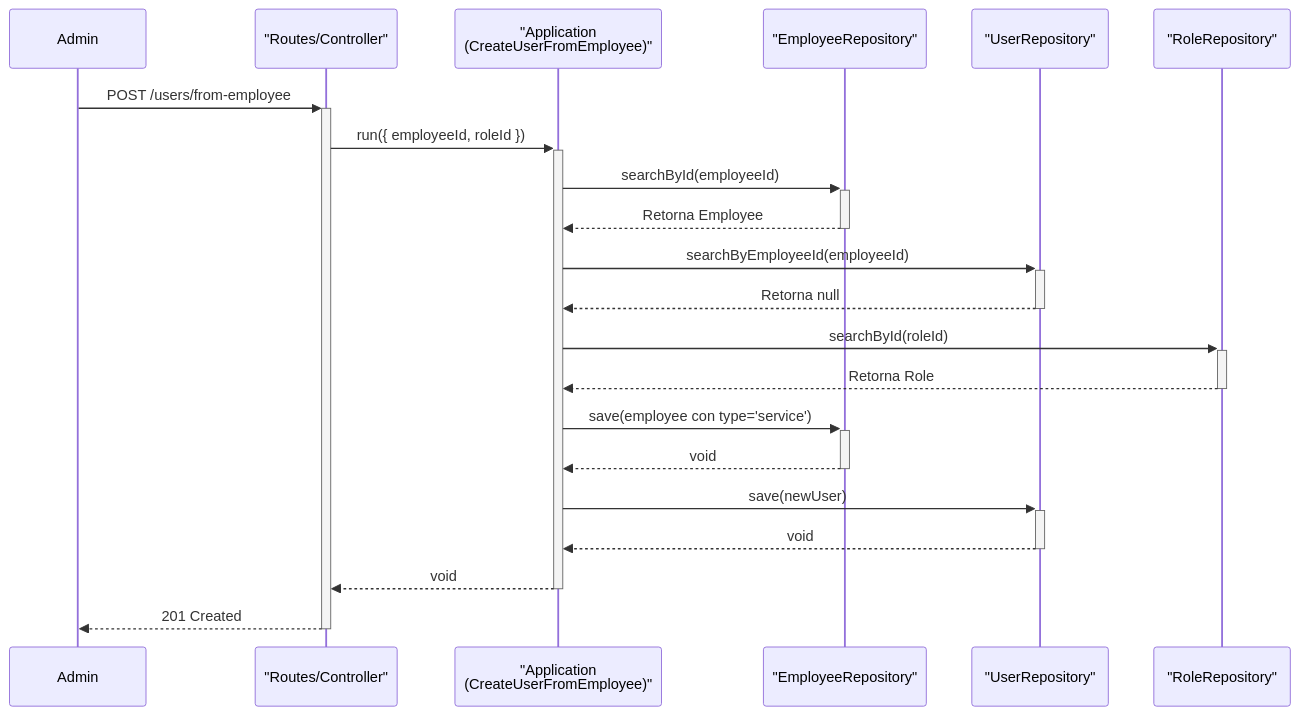
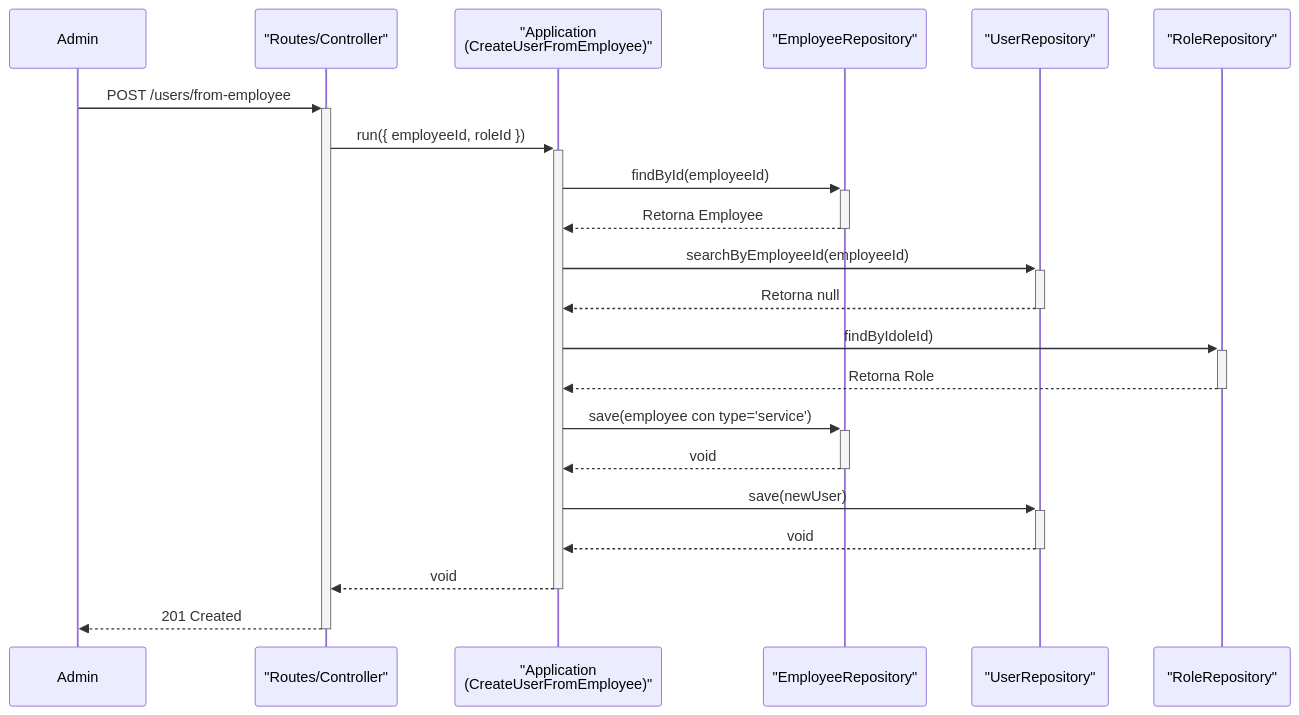
One commit to amaneiro7/inventarioapp-backend changed the second of 2 diagrams in docs/user-flows.md. Above: the diagram before and after it, drawn with Mermaid. The commit also changed 266 other files, not shown here.

Commit message:
se cambio el nombre del metodo searchById por findById y agrego las entidades de AccessControl

````diff
--- a/docs/user-flows.md
+++ b/docs/user-flows.md
@@ -31,24 +31,24 @@
 ```mermaid
 sequenceDiagram
     participant Admin
     participant API as "Routes/Controller"
     participant App as "Application<br>(CreateUserFromEmployee)"
     participant EmployeeRepo as "EmployeeRepository"
     participant UserRepo as "UserRepository"
     participant RoleRepo as "RoleRepository"
 
     Admin->>+API: POST /users/from-employee
     API->>+App: run({ employeeId, roleId })
-    App->>+EmployeeRepo: searchById(employeeId)
+    App->>+EmployeeRepo: findById(employeeId)
     EmployeeRepo-->>-App: Retorna Employee
     App->>+UserRepo: searchByEmployeeId(employeeId)
     UserRepo-->>-App: Retorna null
-    App->>+RoleRepo: searchById(roleId)
+    App->>+RoleRepo: findByIdoleId)
     RoleRepo-->>-App: Retorna Role
     App->>+EmployeeRepo: save(employee con type='service')
     EmployeeRepo-->>-App: void
     App->>+UserRepo: save(newUser)
     UserRepo-->>-App: void
     App-->>-API: void
     API-->>-Admin: 201 Created
 ```
````
